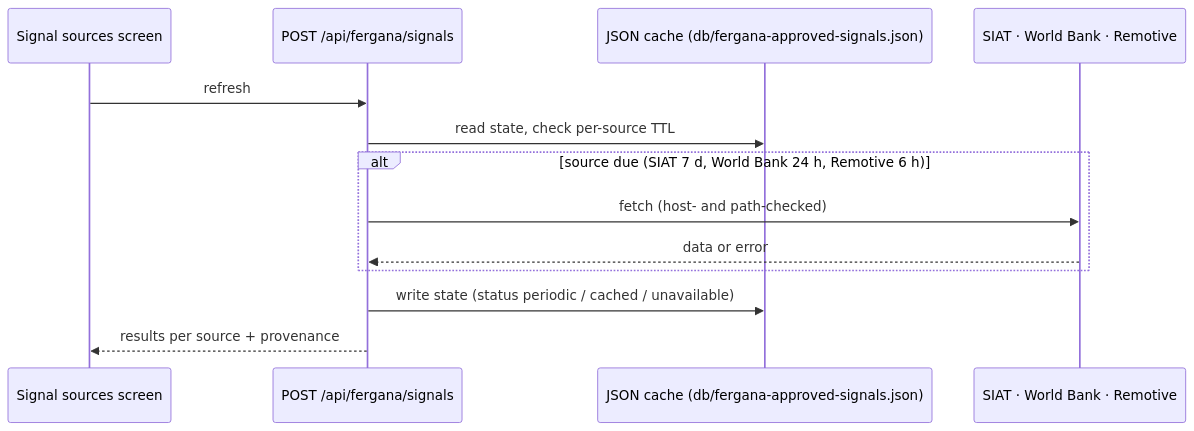
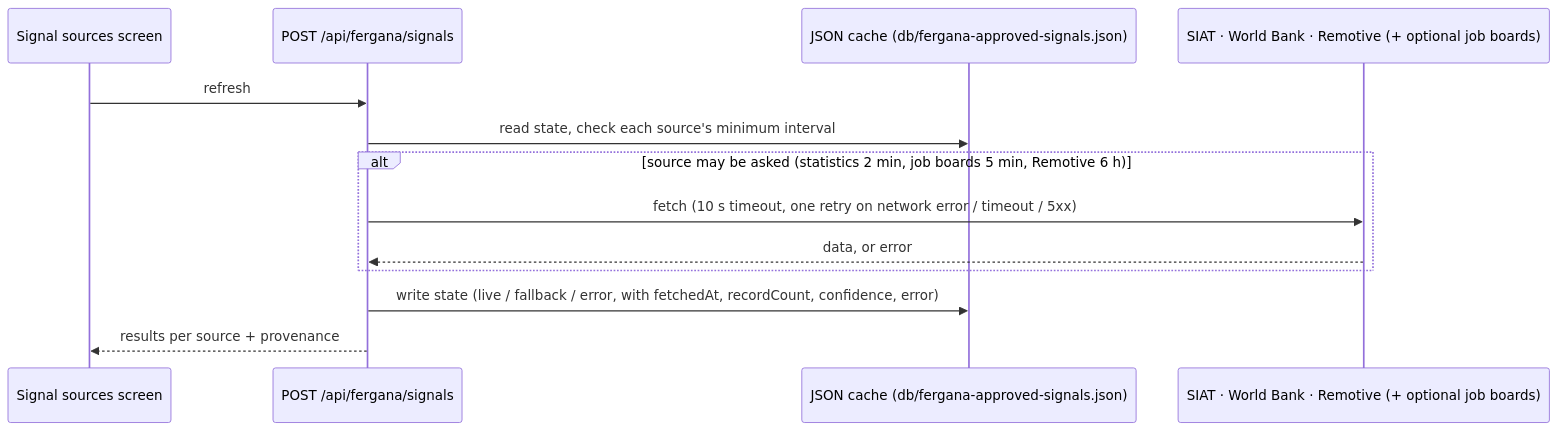
Before and after one commit to Renni-tech/Skillcast-Fergana: the third of 4 diagrams in docs/03-architecture.md, drawn with Mermaid. The commit also changed other lines of this file and 27 other files, not shown here.

````diff
--- a/docs/03-architecture.md
+++ b/docs/03-architecture.md
@@ -213,15 +215,15 @@
 ```mermaid
 sequenceDiagram
   participant UI as Signal sources screen
   participant API as POST /api/fergana/signals
   participant C as JSON cache (db/fergana-approved-signals.json)
-  participant X as SIAT · World Bank · Remotive
+  participant X as SIAT · World Bank · Remotive (+ optional job boards)
   UI->>API: refresh
-  API->>C: read state, check per-source TTL
-  alt source due (SIAT 7 d, World Bank 24 h, Remotive 6 h)
-    API->>X: fetch (host- and path-checked)
-    X-->>API: data or error
+  API->>C: read state, check each source's minimum interval
+  alt source may be asked (statistics 2 min, job boards 5 min, Remotive 6 h)
+    API->>X: fetch (10 s timeout, one retry on network error / timeout / 5xx)
+    X-->>API: data, or error
   end
-  API->>C: write state (status periodic / cached / unavailable)
+  API->>C: write state (live / fallback / error, with fetchedAt, recordCount, confidence, error)
   API-->>UI: results per source + provenance
 ```
````
